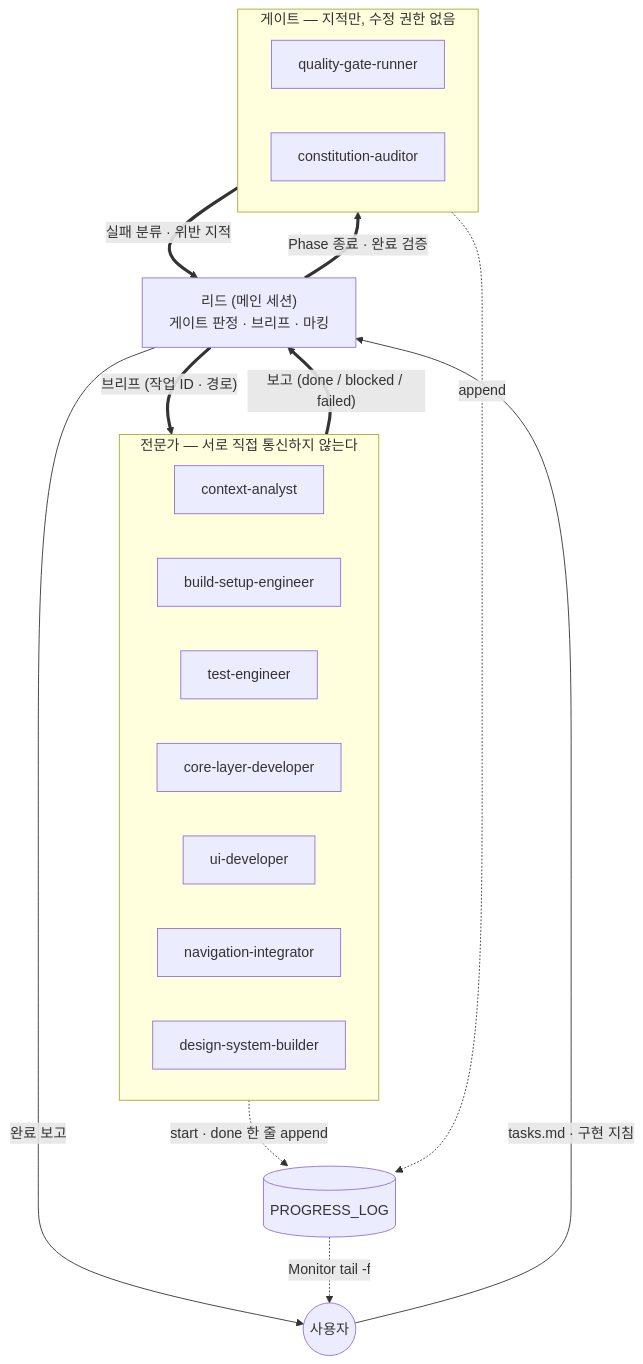
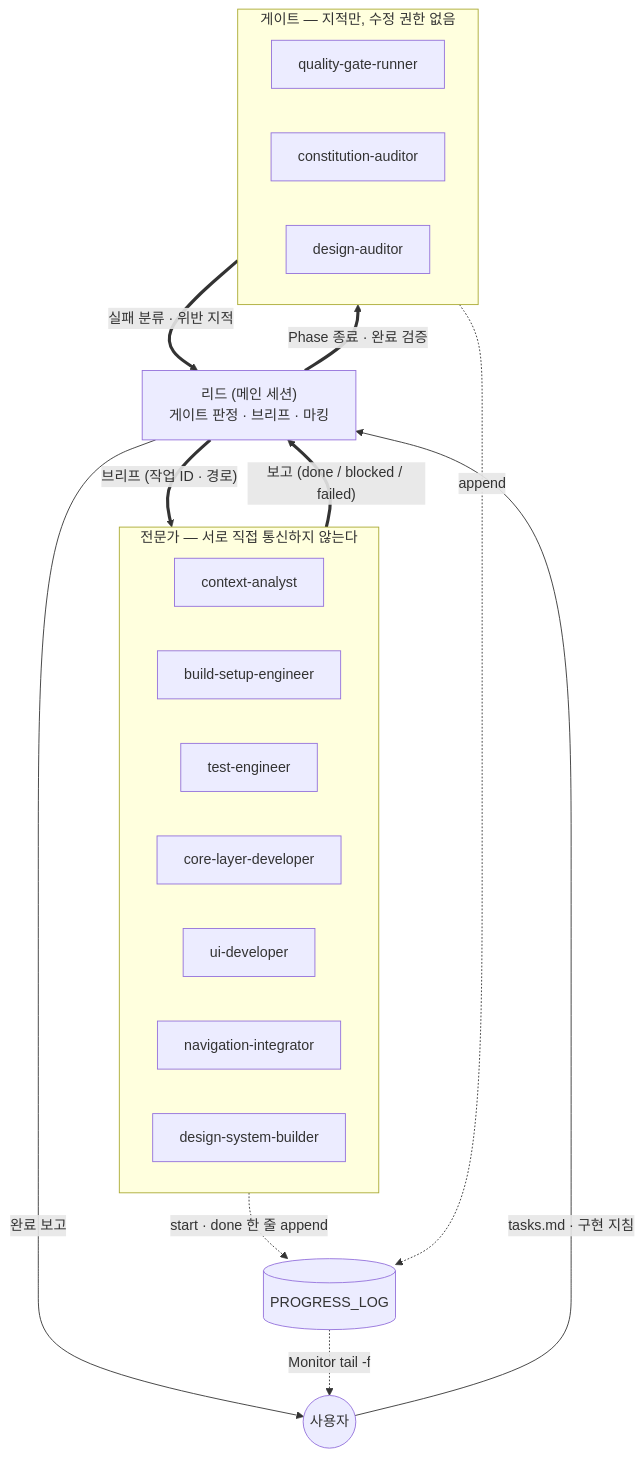
The first of 2 diagrams in .claude/skills/mino-implement/SKILL.md (mash-up-kr/Team-MINO-Android), drawn with Mermaid before and after one commit. The commit also changed other lines of this file and 13 other files, not shown here.

First line of the commit message:
feat: Implement 에이전트 팀에 design-auditor 추가

````diff
--- a/.claude/skills/mino-implement/SKILL.md
+++ b/.claude/skills/mino-implement/SKILL.md
@@ -40,34 +40,35 @@
 ```mermaid
 flowchart TD
     user(("사용자"))
     lead["리드 (메인 세션)<br/>게이트 판정 · 브리프 · 마킹"]
 
     user -- "tasks.md · 구현 지침" --> lead
 
     subgraph W["전문가 — 서로 직접 통신하지 않는다"]
         direction LR
         analyst["context-analyst"]
         setup["build-setup-engineer"]
         test["test-engineer"]
         core["core-layer-developer"]
         ui["ui-developer"]
         nav["navigation-integrator"]
         ds["design-system-builder"]
     end
 
     subgraph G["게이트 — 지적만, 수정 권한 없음"]
         direction LR
         qg["quality-gate-runner"]
         ca["constitution-auditor"]
+        da["design-auditor"]
     end
 
     lead == "브리프 (작업 ID · 경로)" ==> W
     W == "보고 (done / blocked / failed)" ==> lead
     lead == "Phase 종료 · 완료 검증" ==> G
     G == "실패 분류 · 위반 지적" ==> lead
     lead -- "완료 보고" --> user
 
     W -. "start · done 한 줄 append" .-> plog[("PROGRESS_LOG")]
     G -. append .-> plog
     plog -. "Monitor tail -f" .-> user
 ```
````
